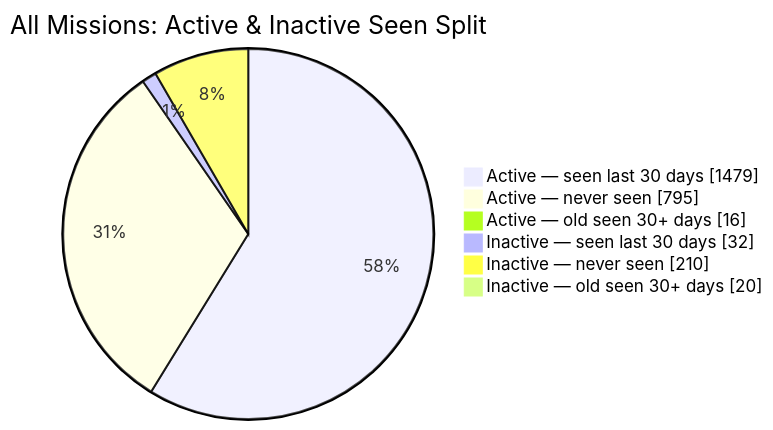
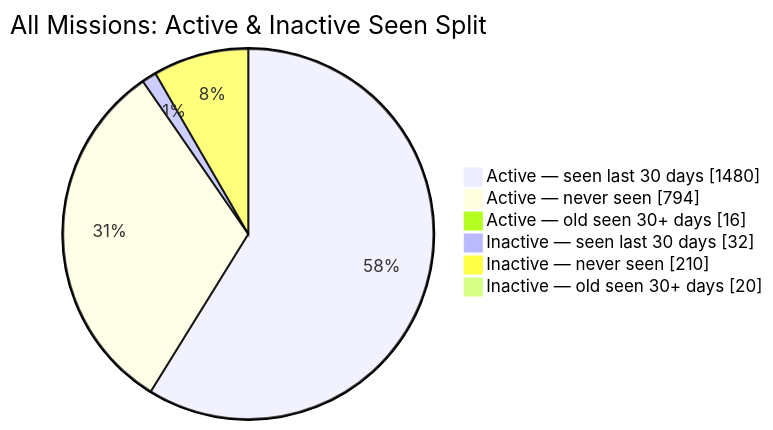
Before and after one commit to MeldkamerspelGameTeam/active-missions: the second of 2 diagrams in README.md, drawn with Mermaid. The commit also changed other lines of this file and 3 other files, not shown here.

````diff
--- a/README.md
+++ b/README.md
@@ -44,10 +44,10 @@
 ```mermaid
 pie showData
     title All Missions: Active & Inactive Seen Split
-    "Active — seen last 30 days" : 1479
-    "Active — never seen" : 795
+    "Active — seen last 30 days" : 1480
+    "Active — never seen" : 794
     "Active — old seen 30+ days" : 16
     "Inactive — seen last 30 days" : 32
     "Inactive — never seen" : 210
     "Inactive — old seen 30+ days" : 20
 ```
````
